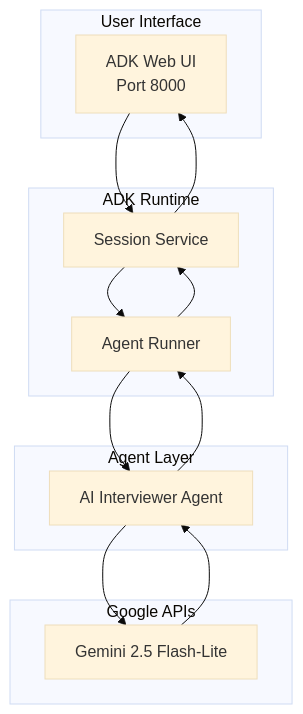
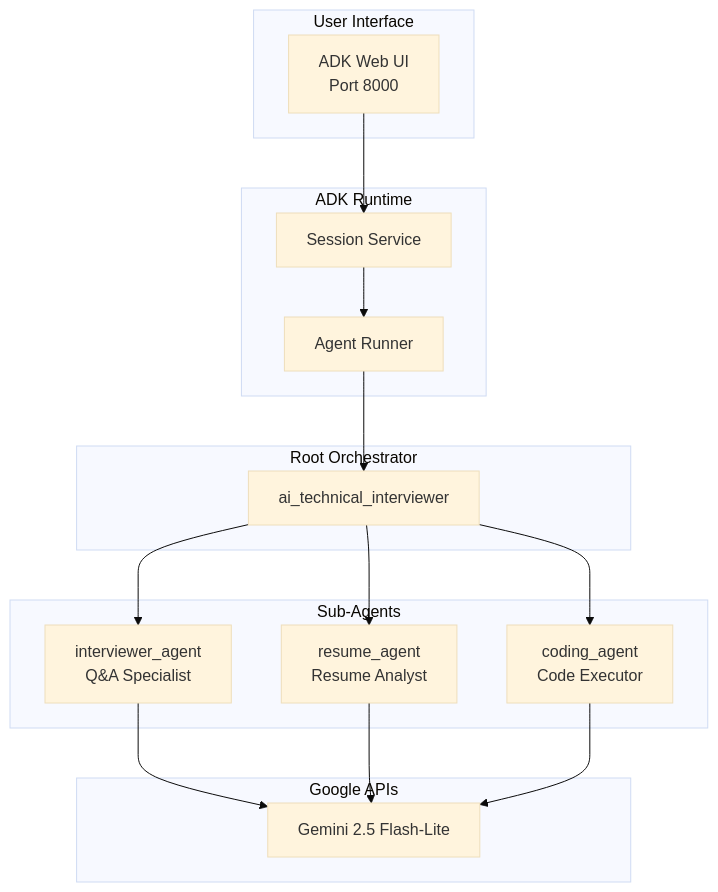
Before and after one commit to VIKAS9793/ai-interviewer-langchain: the first of 2 diagrams in docs/ARCHITECTURE.md, drawn with Mermaid (base theme). The commit also changed other lines of this file and 1 other file, not shown here.

Commit message:
docs: Update README and ARCHITECTURE for v4.1 multi-agent architecture

````diff
--- a/docs/ARCHITECTURE.md
+++ b/docs/ARCHITECTURE.md
@@ -9,22 +9,31 @@
 ```mermaid
 flowchart TB
-    subgraph "User Interface"
+    subgraph UI["User Interface"]
         A[ADK Web UI<br/>Port 8000]
     end
     
-    subgraph "ADK Runtime"
+    subgraph Runtime["ADK Runtime"]
         B[Session Service]
         C[Agent Runner]
     end
     
-    subgraph "Agent Layer"
-        D[AI Interviewer Agent]
+    subgraph Root["Root Orchestrator"]
+        D[ai_technical_interviewer]
     end
     
-    subgraph "Google APIs"
-        E[Gemini 2.5 Flash-Lite]
+    subgraph Specialists["Sub-Agents"]
+        E1[interviewer_agent<br/>Q&A Specialist]
+        E2[resume_agent<br/>Resume Analyst]
+        E3[coding_agent<br/>Code Executor]
     end
     
-    A --> B --> C --> D --> E
-    E --> D --> C --> B --> A
+    subgraph API["Google APIs"]
+        F[Gemini 2.5 Flash-Lite]
+    end
+    
+    A --> B
+    B --> C
+    C --> D
+    D --> E1 & E2 & E3
+    E1 & E2 & E3 --> F
 ```
````
